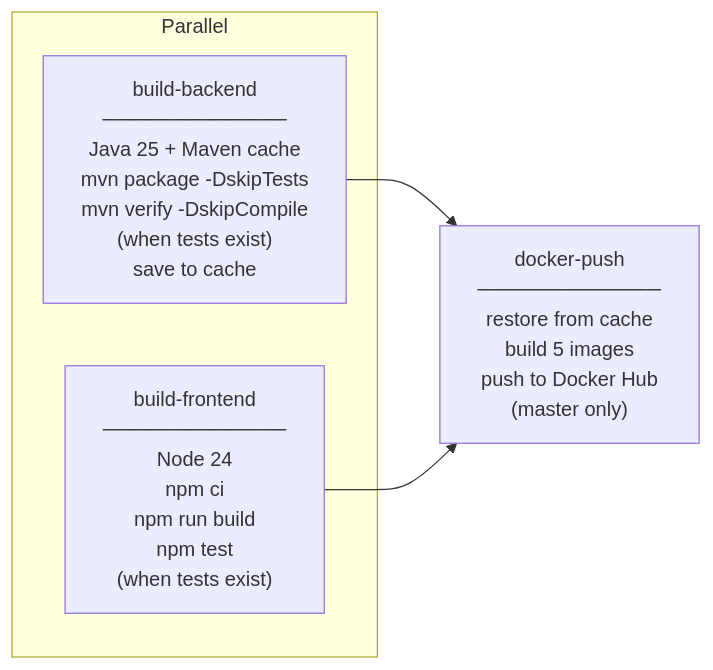
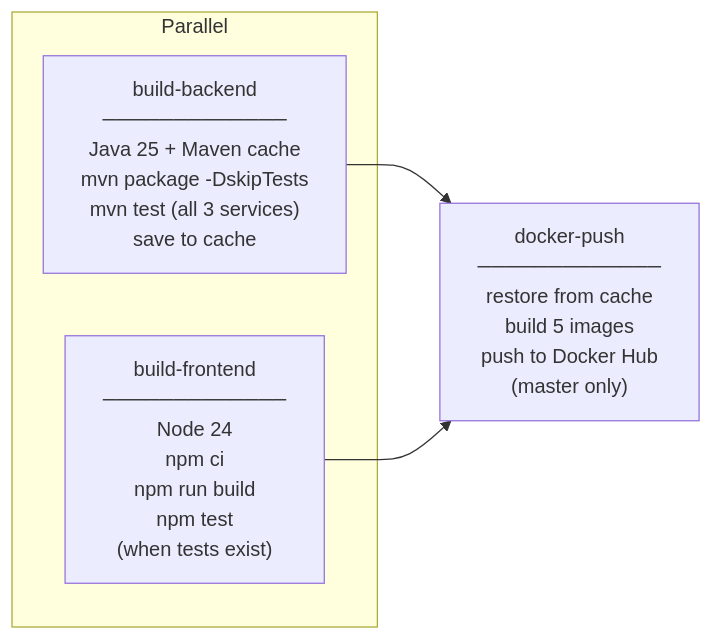
One commit to panryba/shopflow changed the second of 2 diagrams in README.md. Above: the diagram before and after it, drawn with Mermaid. The commit also changed other lines of this file and 22 other files, not shown here.

````diff
--- a/README.md
+++ b/README.md
@@ -463,12 +463,12 @@
 ```mermaid
 graph LR
     subgraph parallel["Parallel"]
-        B["build-backend<br/>─────────────<br/>Java 25 + Maven cache<br/>mvn package -DskipTests<br/>mvn verify -DskipCompile<br/>(when tests exist)<br/>save to cache"]
+        B["build-backend<br/>─────────────<br/>Java 25 + Maven cache<br/>mvn package -DskipTests<br/>mvn test (all 3 services)<br/>save to cache"]
         F["build-frontend<br/>─────────────<br/>Node 24<br/>npm ci<br/>npm run build<br/>npm test<br/>(when tests exist)"]
     end
 
     D["docker-push<br/>─────────────<br/>restore from cache<br/>build 5 images<br/>push to Docker Hub<br/>(master only)"]
 
     B --> D
     F --> D
 ```
````
